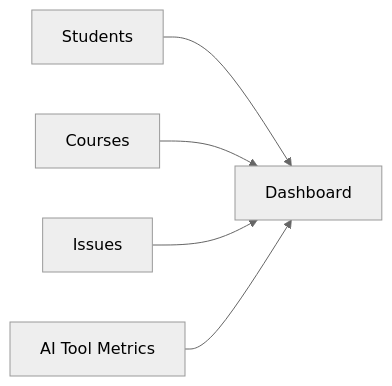
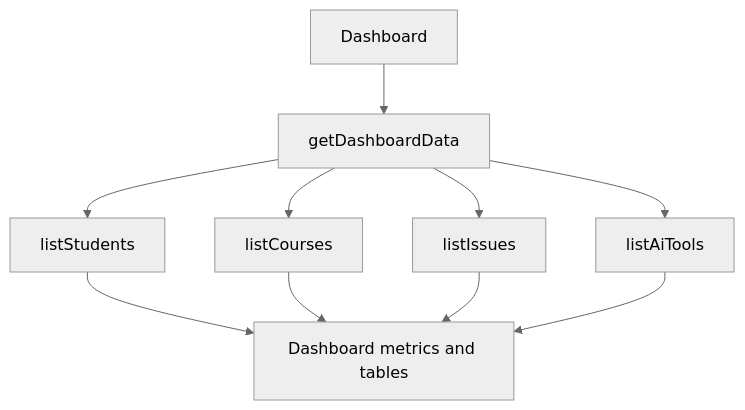
The fourth of 16 diagrams in SYSTEM_FLOW.md (muhammadjamshed7/Assignmentwork), drawn with Mermaid (neutral theme) before and after one commit. The commit also changed other lines of this file and 56 other files, not shown here.

````diff
--- a/SYSTEM_FLOW.md
+++ b/SYSTEM_FLOW.md
@@ -70,7 +127,12 @@
 ```mermaid
-flowchart LR
-  Students[Students] --> Dashboard
-  Courses[Courses] --> Dashboard
-  Issues[Issues] --> Dashboard
-  AITools[AI Tool Metrics] --> Dashboard
+flowchart TD
+  Dashboard --> GetDashboardData[getDashboardData]
+  GetDashboardData --> ListStudents[listStudents]
+  GetDashboardData --> ListCourses[listCourses]
+  GetDashboardData --> ListIssues[listIssues]
+  GetDashboardData --> ListAiTools[listAiTools]
+  ListStudents --> Metrics[Dashboard metrics and tables]
+  ListCourses --> Metrics
+  ListIssues --> Metrics
+  ListAiTools --> Metrics
 ```
````
